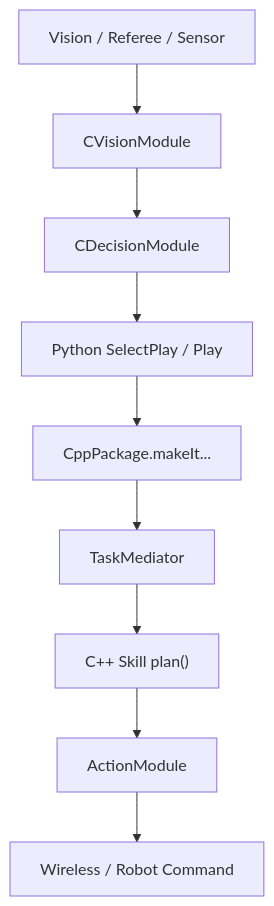
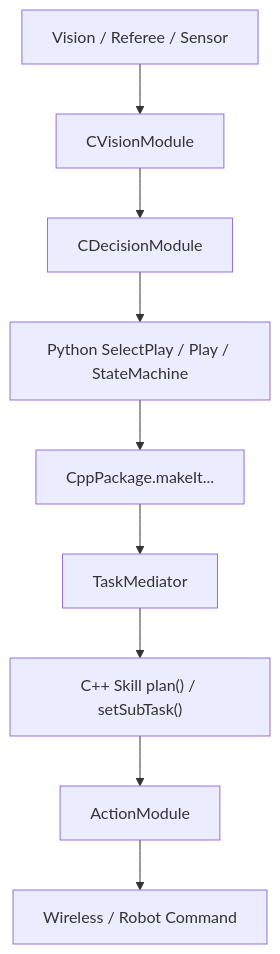
One commit to sjtu-src/Wiki changed the diagram in app/build/chapter_software/architecture/overview.md. Above: the diagram before and after it, drawn with Mermaid. The commit also changed other lines of this file and 19 other files, not shown here.

````diff
--- a/app/build/chapter_software/architecture/overview.md
+++ b/app/build/chapter_software/architecture/overview.md
@@ -28,11 +30,11 @@
 ```mermaid
 flowchart TD
     A["Vision / Referee / Sensor"] --> B["CVisionModule"]
     B --> C["CDecisionModule"]
-    C --> D["Python SelectPlay / Play"]
+    C --> D["Python SelectPlay / Play / StateMachine"]
     D --> E["CppPackage.makeIt..."]
     E --> F["TaskMediator"]
-    F --> G["C++ Skill plan()"]
+    F --> G["C++ Skill plan() / setSubTask()"]
     G --> H["ActionModule"]
     H --> I["Wireless / Robot Command"]
 ```
````
